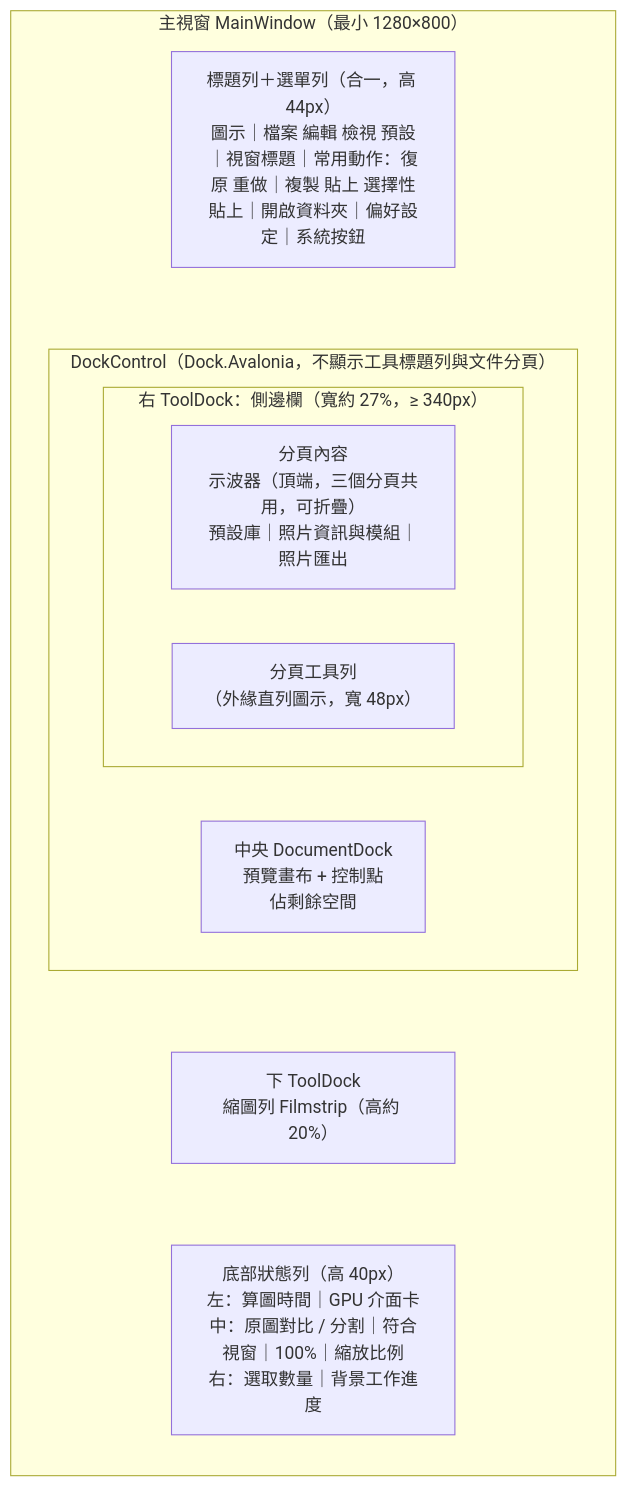
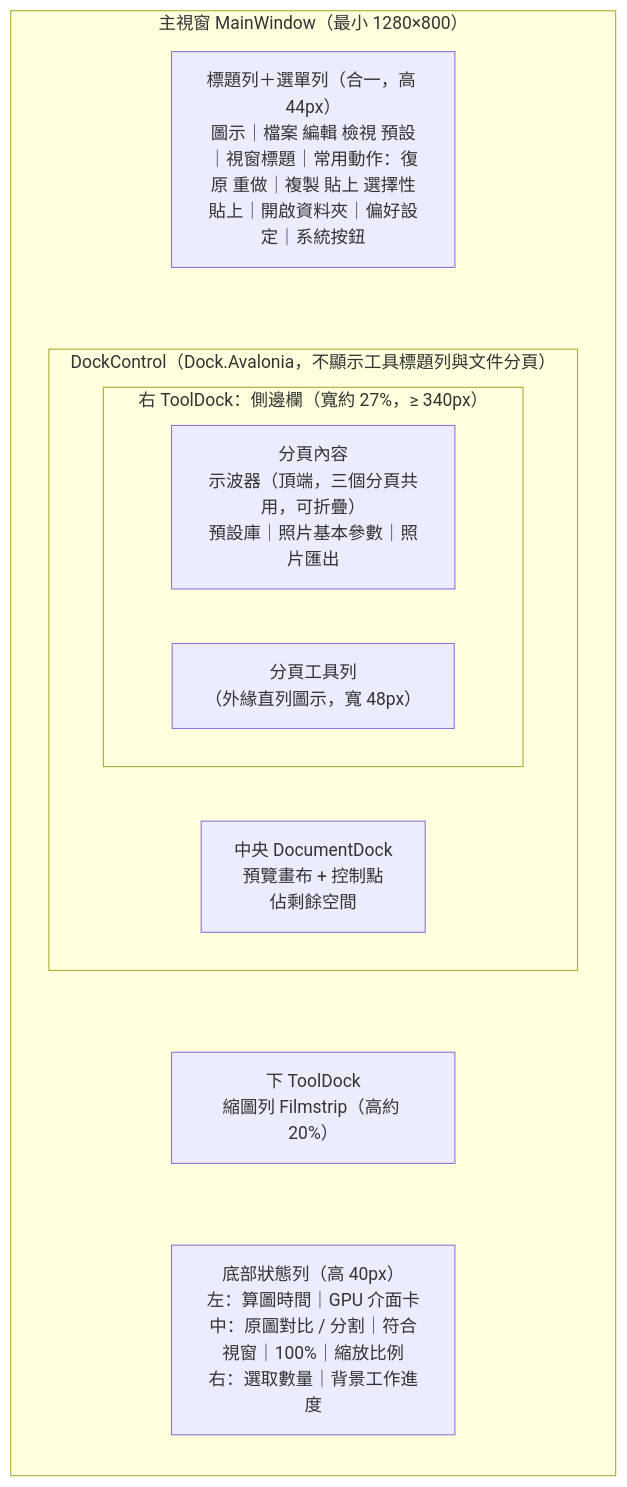
Before and after one commit to minexo79/FilmBatch: the third of 24 diagrams in docs/plan.md, drawn with Mermaid. The commit also changed other lines of this file and 9 other files, not shown here.

````diff
--- a/docs/plan.md
+++ b/docs/plan.md
@@ -235,19 +235,19 @@
 ```mermaid
 flowchart TB
     subgraph MW["主視窗 MainWindow（最小 1280×800）"]
         direction TB
         TB["標題列＋選單列（合一，高 44px）<br/>圖示｜檔案 編輯 檢視 預設｜視窗標題｜常用動作：復原 重做｜複製 貼上 選擇性貼上｜開啟資料夾｜偏好設定｜系統按鈕"]
         subgraph MID["DockControl（Dock.Avalonia，不顯示工具標題列與文件分頁）"]
             direction LR
             C["中央 DocumentDock<br/>預覽畫布 + 控制點<br/>佔剩餘空間"]
             subgraph R["右 ToolDock：側邊欄（寬約 27%，≥ 340px）"]
                 direction LR
-                RC["分頁內容<br/>示波器（頂端，三個分頁共用，可折疊）<br/>預設庫｜照片資訊與模組｜照片匯出"]
+                RC["分頁內容<br/>示波器（頂端，三個分頁共用，可折疊）<br/>預設庫｜照片基本參數｜照片匯出"]
                 RT["分頁工具列<br/>（外緣直列圖示，寬 48px）"]
             end
         end
         F["下 ToolDock<br/>縮圖列 Filmstrip（高約 20%）"]
         S["底部狀態列（高 40px）<br/>左：算圖時間｜GPU 介面卡<br/>中：原圖對比 / 分割｜符合視窗｜100%｜縮放比例<br/>右：選取數量｜背景工作進度"]
         TB ~~~ MID ~~~ F ~~~ S
     end
 ```
````
